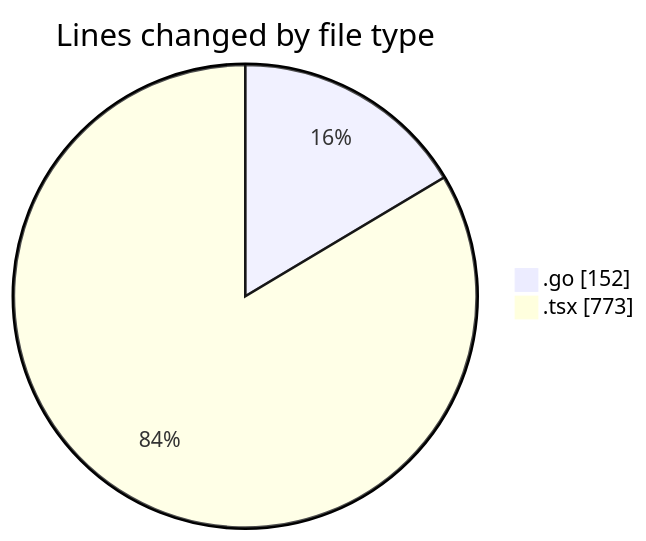
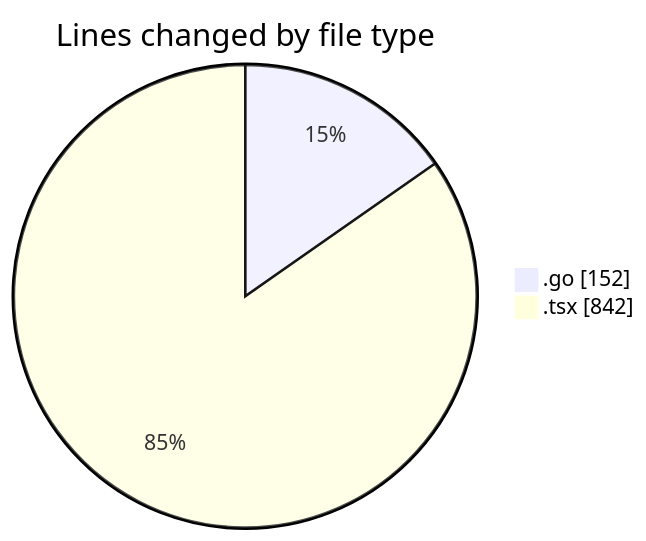
One commit to robertbonfada/code-tracking changed the first of 2 diagrams in 2025-03-05/termonied_testador/README.md. Above: the diagram before and after it, drawn with Mermaid. The commit also changed other lines of this file and 1 other file, not shown here.

````diff
--- a/2025-03-05/termonied_testador/README.md
+++ b/2025-03-05/termonied_testador/README.md
@@ -22,6 +23,6 @@
 ```mermaid
 pie showData
 title Lines changed by file type
 ".go" : 152
-".tsx" : 773
+".tsx" : 842
 ```
````
